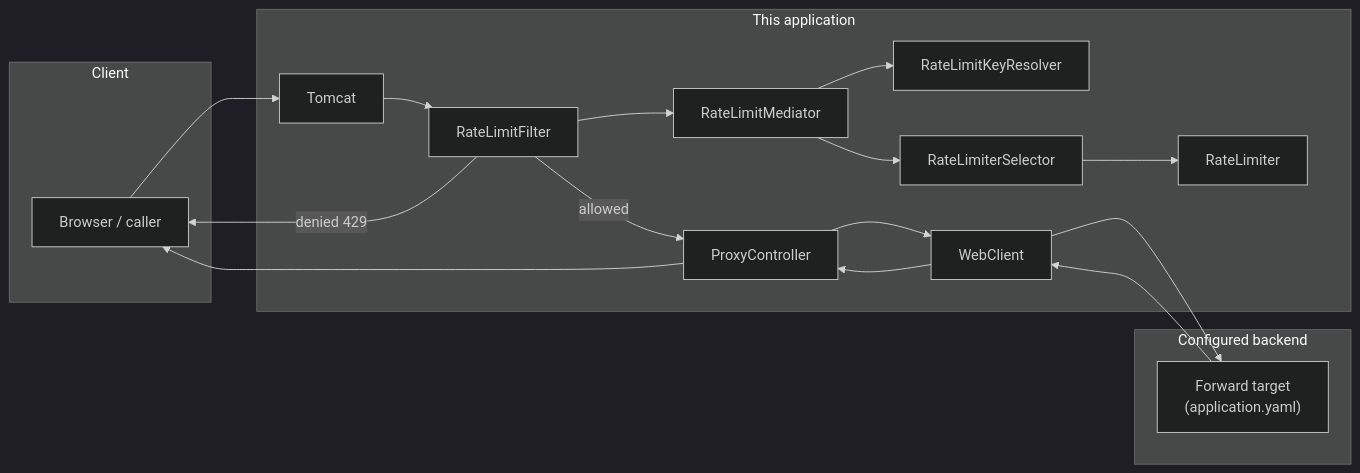
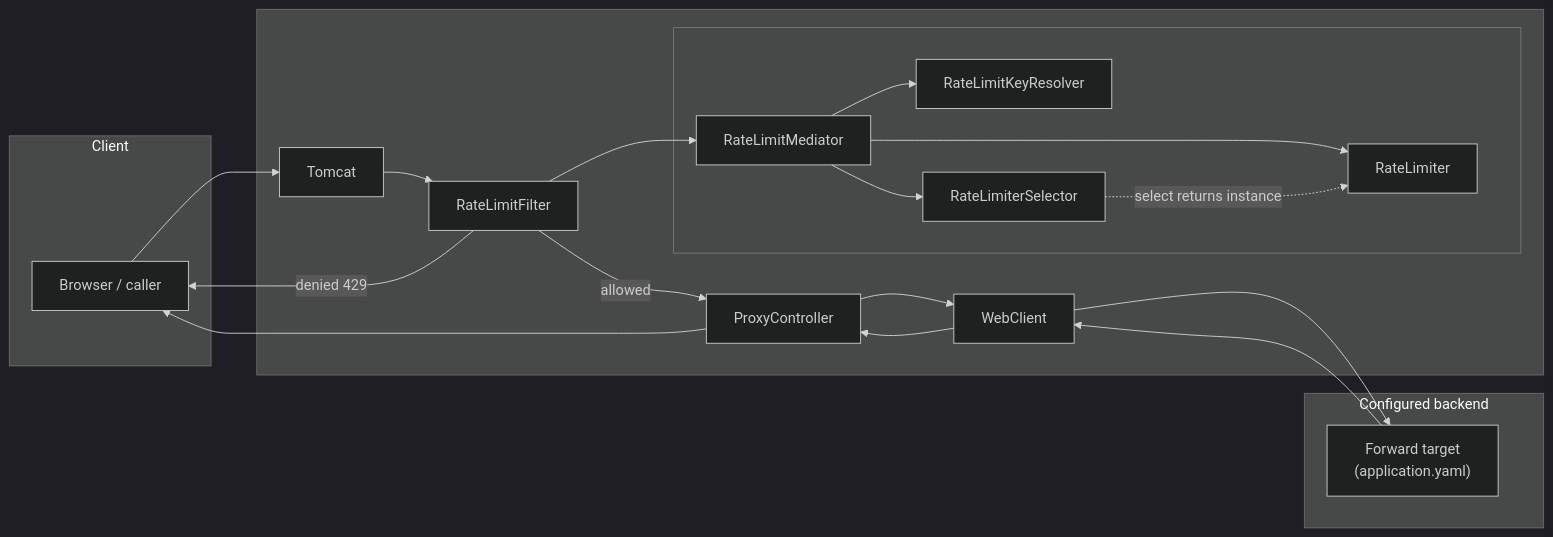
One commit to EvalVis/rate-limiting changed the first of 2 diagrams in docs/rate-limiting.md. Above: the diagram before and after it, drawn with Mermaid (dark theme).

````diff
--- a/docs/rate-limiting.md
+++ b/docs/rate-limiting.md
@@ -18,32 +18,35 @@
 ```mermaid
 flowchart LR
   subgraph client [Client]
     C[Browser / caller]
   end
-  subgraph ratelimiter [This application]
+  subgraph ratelimiter [ ]
     T[Tomcat]
     F[RateLimitFilter]
-    M[RateLimitMediator]
-    KR[RateLimitKeyResolver]
-    RS[RateLimiterSelector]
-    RL[RateLimiter]
+    subgraph gate [ ]
+      M[RateLimitMediator]
+      KR[RateLimitKeyResolver]
+      RS[RateLimiterSelector]
+      RL[RateLimiter]
+      M --> KR
+      M --> RS
+      M --> RL
+      RS -.->|select returns instance| RL
+    end
     PC[ProxyController]
     WC[WebClient]
   end
   subgraph upstream [Configured backend]
     U["Forward target\n(application.yaml)"]
   end
   C --> T
   T --> F
   F --> M
-  M --> KR
-  M --> RS
-  RS --> RL
   F -->|allowed| PC
   F -->|denied 429| C
   PC --> WC
   WC --> U
   U --> WC
   WC --> PC
   PC --> C
 ```
````
